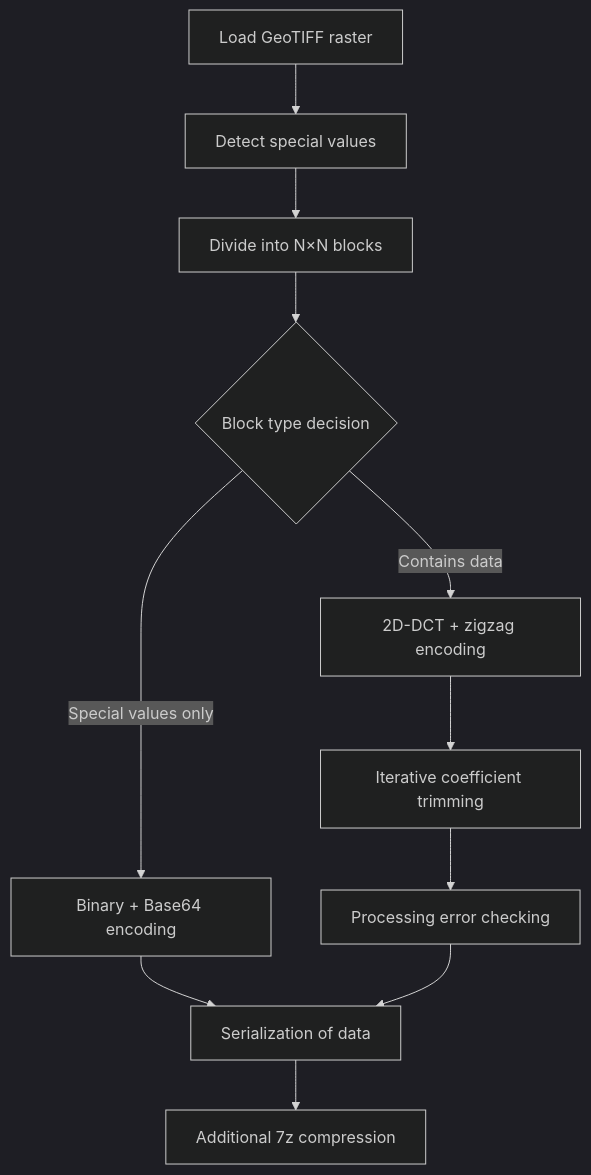
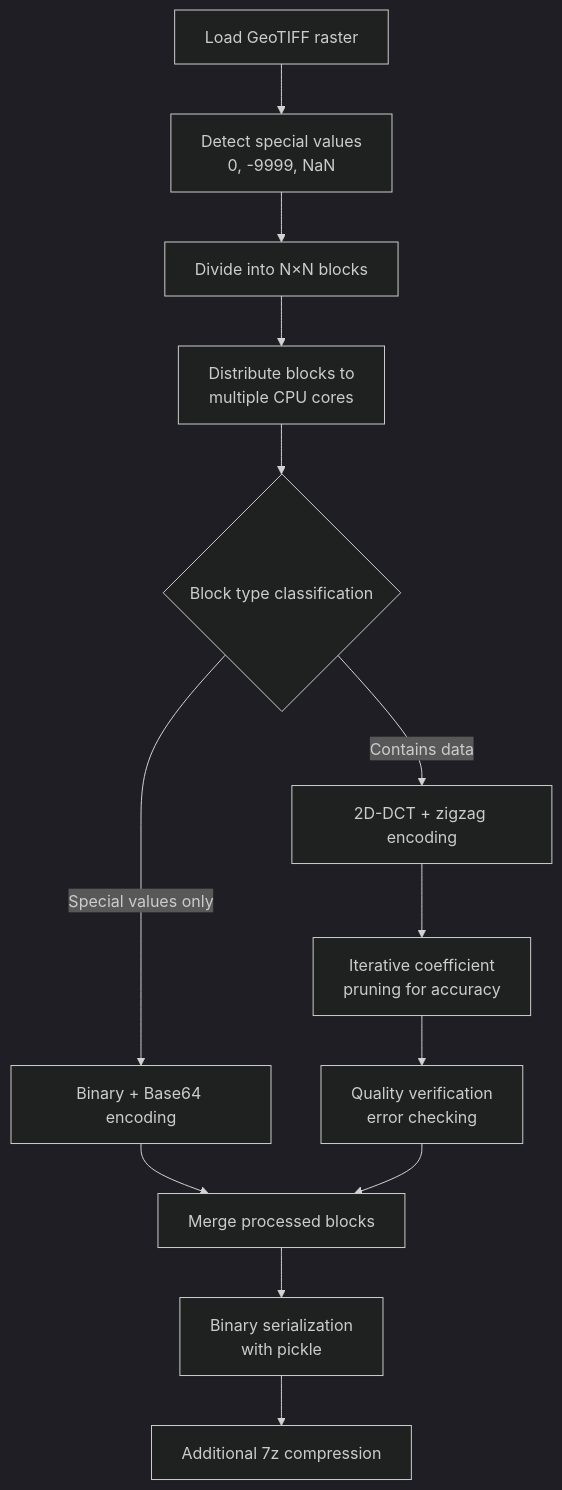
One commit to ZSIP/FIDWaC changed the second of 2 diagrams in README.md. Above: the diagram before and after it, drawn with Mermaid (dark theme). The commit also changed other lines of this file, not shown here.

````diff
--- a/README.md
+++ b/README.md
@@ -175,13 +184,15 @@
 ```mermaid
 graph TB
-    A[Load GeoTIFF raster] --> B[Detect special values]
+    A[Load GeoTIFF raster] --> B[Detect special values<br>0, -9999, NaN]
     B --> C[Divide into N×N blocks]
-    C --> D{Block type decision}
-    D -->|Special values only| E1[Binary + Base64 encoding]
-    D -->|Contains data| E2[2D-DCT + zigzag encoding]
-    E2 --> F[Iterative coefficient trimming]
-    F --> G[Processing error checking]
-    E1 --> H[Serialization of data]
-    G --> H
-    H --> I[Additional 7z compression]
+    C --> D[Distribute blocks to<br>multiple CPU cores]
+    D --> E{Block type classification}
+    E -->|Special values only| F1[Binary + Base64 encoding]
+    E -->|Contains data| F2[2D-DCT + zigzag encoding]
+    F2 --> G[Iterative coefficient<br>pruning for accuracy]
+    G --> H[Quality verification<br>error checking]
+    F1 --> I[Merge processed blocks]
+    H --> I
+    I --> J[Binary serialization<br>with pickle]
+    J --> K[Additional 7z compression]
 ```
````
